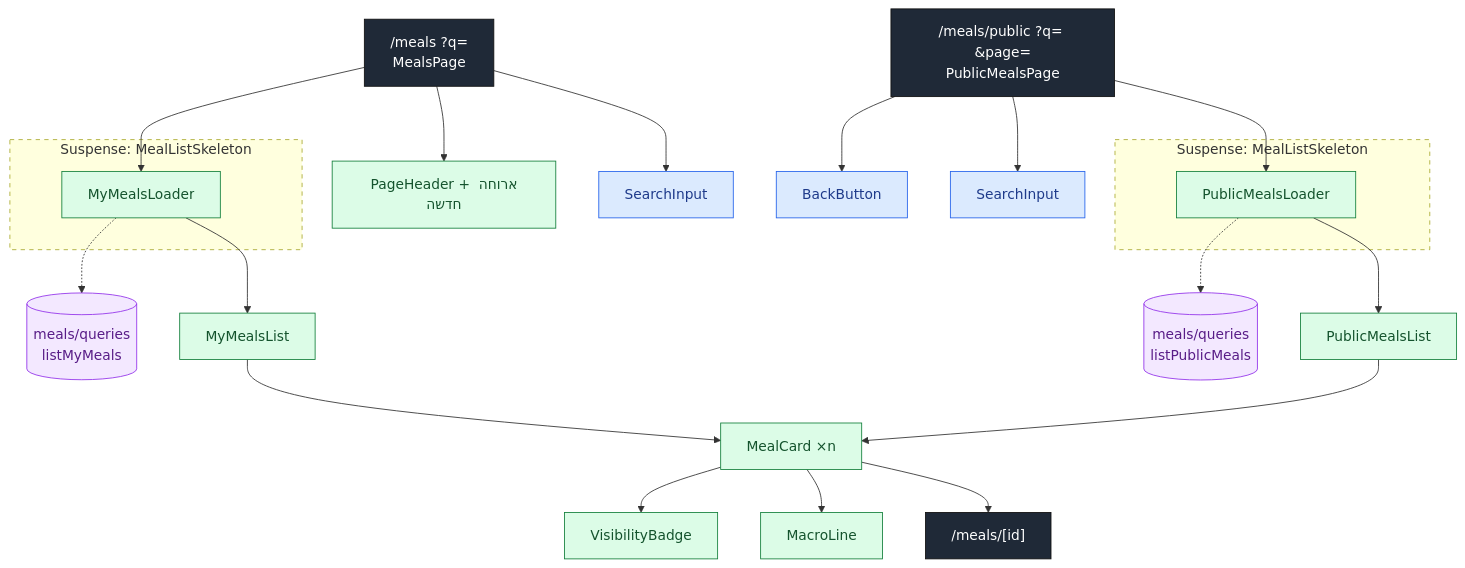
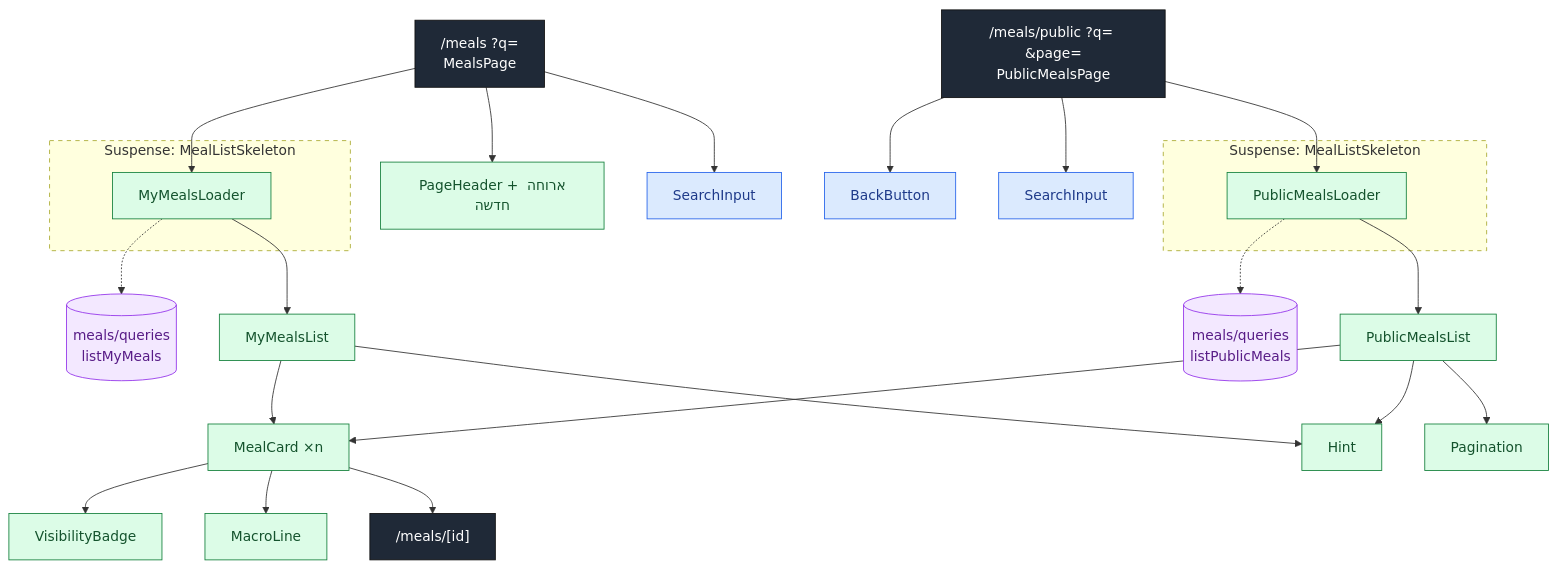
Diagram 11 of 15 in docs/COMPONENTS-DIAGRAMS.md (P4t4m8n/bite-buddy), drawn with Mermaid before and after one commit. The commit also changed other lines of this file and 85 other files, not shown here.

First line of the commit message:
Refactor stats charts and improve code organization

````diff
--- a/docs/COMPONENTS-DIAGRAMS.md
+++ b/docs/COMPONENTS-DIAGRAMS.md
@@ -289,36 +295,39 @@
 ```mermaid
 flowchart TD
   Mine["/meals ?q=<br/>MealsPage"]:::page
   Pub["/meals/public ?q= &page=<br/>PublicMealsPage"]:::page
 
   Mine --> H1["PageHeader + ארוחה חדשה"]:::server
   Mine --> SI1["SearchInput"]:::client
   subgraph S1 ["Suspense: MealListSkeleton"]
     L1["MyMealsLoader"]:::server
   end
   Mine --> L1
   L1 -.-> D1[("meals/queries<br/>listMyMeals")]:::data
   L1 --> MyList["MyMealsList"]:::server
 
   Pub --> Back["BackButton"]:::client
   Pub --> SI2["SearchInput"]:::client
   subgraph S2 ["Suspense: MealListSkeleton"]
     L2["PublicMealsLoader"]:::server
   end
   Pub --> L2
   L2 -.-> D2[("meals/queries<br/>listPublicMeals")]:::data
   L2 --> PubList["PublicMealsList"]:::server
 
   MyList --> Card["MealCard ×n"]:::server
   PubList --> Card
+  MyList --> Hint["Hint"]:::server
+  PubList --> Hint
+  PubList --> Pag["Pagination"]:::server
   Card --> Badge["VisibilityBadge"]:::server
   Card --> ML["MacroLine"]:::server
   Card --> MealPage["/meals/[id]"]:::page
 
   classDef page fill:#1f2937,color:#fff,stroke:#111
   classDef server fill:#dcfce7,color:#14532d,stroke:#15803d
   classDef client fill:#dbeafe,color:#1e3a8a,stroke:#2563eb
   classDef data fill:#f3e8ff,color:#581c87,stroke:#9333ea
   style S1 stroke-dasharray: 5 5
   style S2 stroke-dasharray: 5 5
 ```
````
